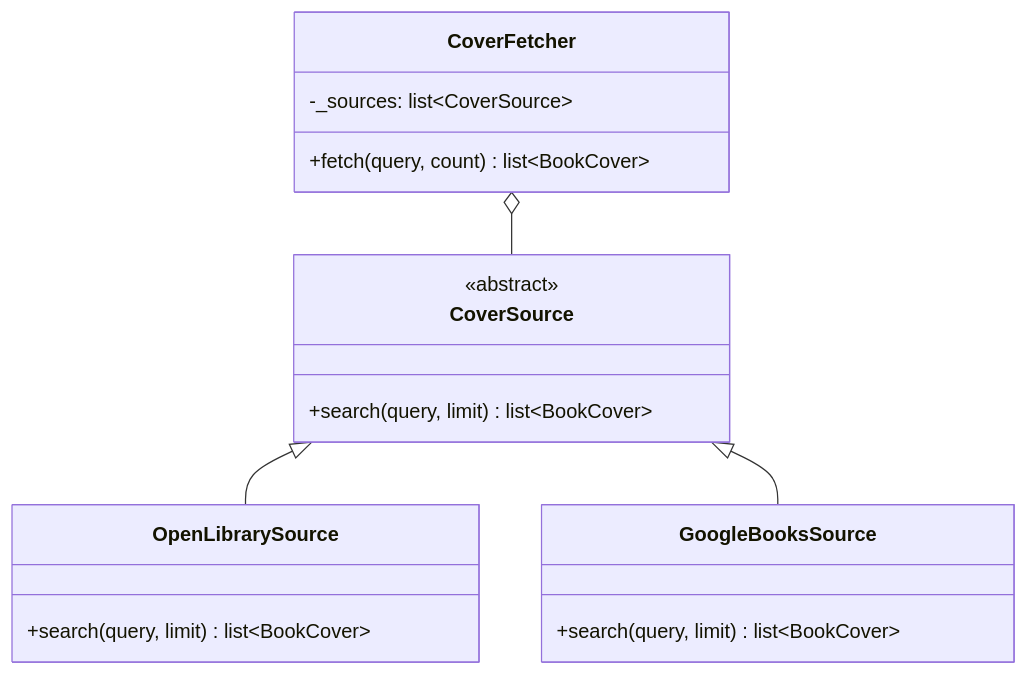
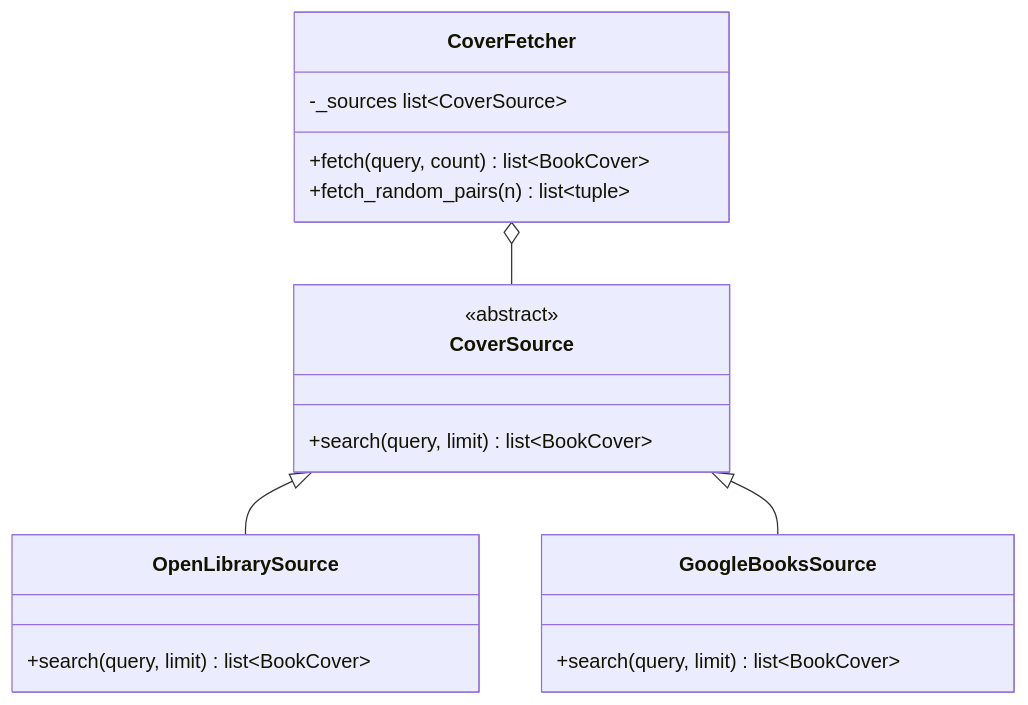
One commit to mattbriggs/this-or-that-agent changed the fourth of 10 diagrams in site/design/software-design.md. Above: the diagram before and after it, drawn with Mermaid. The commit also changed other lines of this file and 11 other files, not shown here.

````diff
--- a/site/design/software-design.md
+++ b/site/design/software-design.md
@@ -55,20 +155,21 @@
 ```mermaid
 classDiagram
     class CoverSource {
         <<abstract>>
         +search(query, limit) list~BookCover~
     }
     class OpenLibrarySource {
         +search(query, limit) list~BookCover~
     }
     class GoogleBooksSource {
         +search(query, limit) list~BookCover~
     }
     class CoverFetcher {
-        -_sources: list~CoverSource~
+        -_sources list~CoverSource~
         +fetch(query, count) list~BookCover~
+        +fetch_random_pairs(n) list~tuple~
     }
     CoverSource <|-- OpenLibrarySource
     CoverSource <|-- GoogleBooksSource
     CoverFetcher o-- CoverSource
 ```
````
